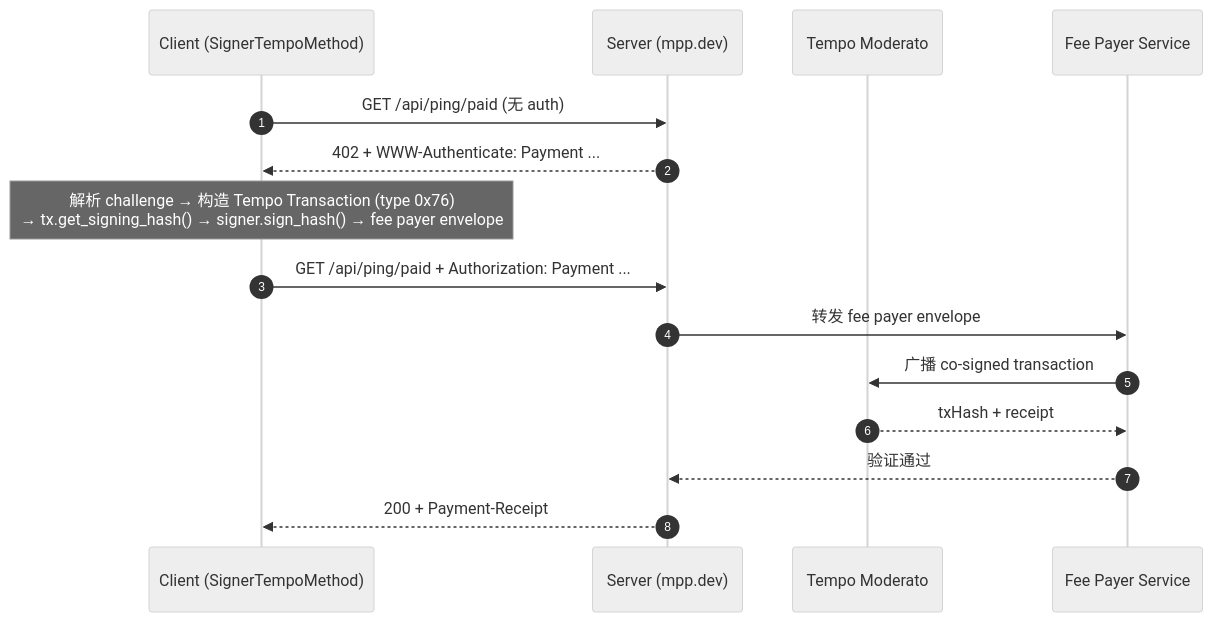
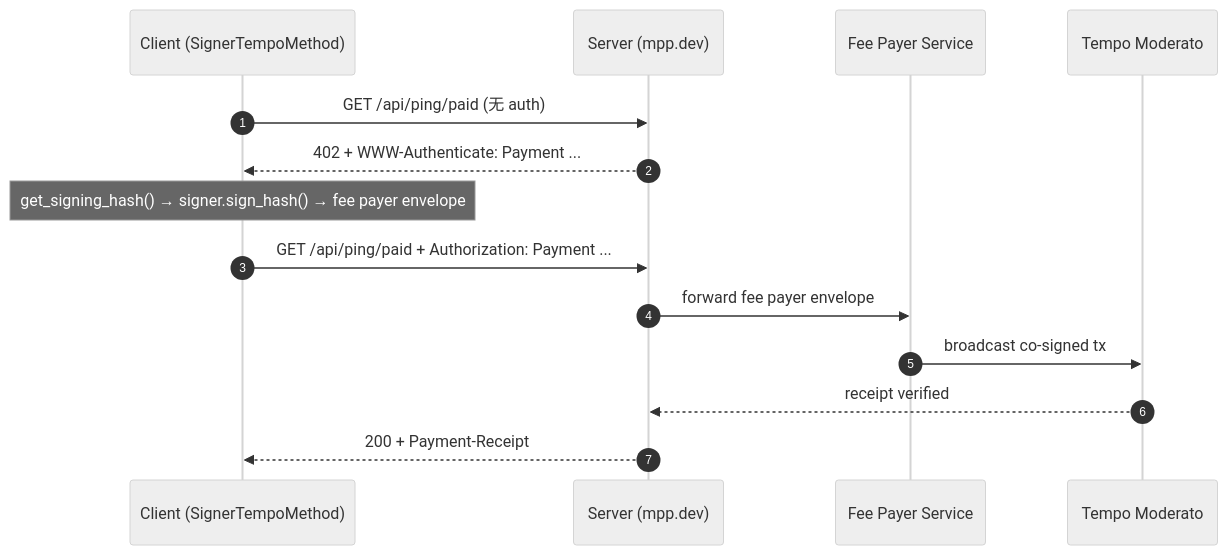
One commit to CTest101/mpp-python-demo changed the first of 2 diagrams in docs/TEST_REPORT.md. Above: the diagram before and after it, drawn with Mermaid (neutral theme). The commit also changed other lines of this file and 2 other files, not shown here.

````diff
--- a/docs/TEST_REPORT.md
+++ b/docs/TEST_REPORT.md
@@ -29,19 +28,17 @@
 ```mermaid
 sequenceDiagram
     autonumber
     participant C as Client (SignerTempoMethod)
     participant S as Server (mpp.dev)
+    participant F as Fee Payer Service
     participant T as Tempo Moderato
-    participant F as Fee Payer Service
 
     C->>S: GET /api/ping/paid (无 auth)
     S-->>C: 402 + WWW-Authenticate: Payment ...
-
-    Note over C: 解析 challenge → 构造 Tempo Transaction (type 0x76)<br/>→ tx.get_signing_hash() → signer.sign_hash() → fee payer envelope
+    Note over C: get_signing_hash() → signer.sign_hash() → fee payer envelope
     C->>S: GET /api/ping/paid + Authorization: Payment ...
-    S->>F: 转发 fee payer envelope
-    F->>T: 广播 co-signed transaction
-    T-->>F: txHash + receipt
-    F-->>S: 验证通过
+    S->>F: forward fee payer envelope
+    F->>T: broadcast co-signed tx
+    T-->>S: receipt verified
     S-->>C: 200 + Payment-Receipt
 ```
````
